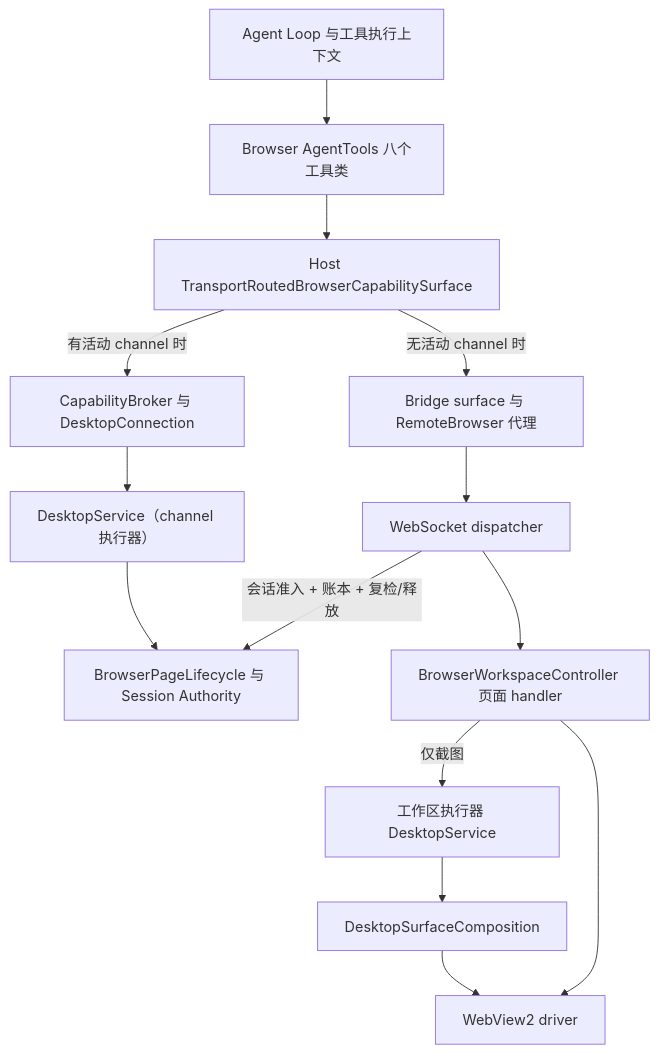
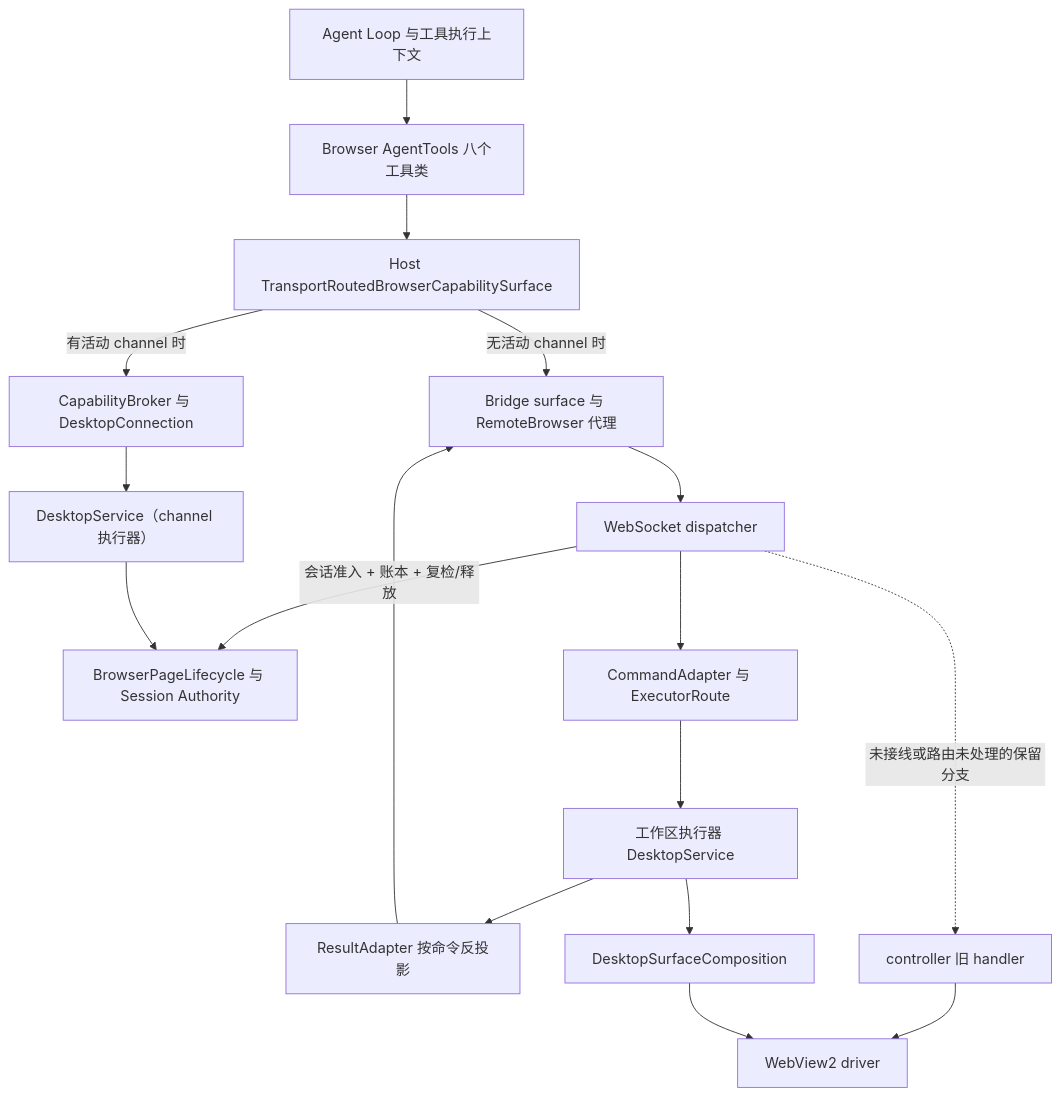
The diagram in Docs/07_architecture/浏览器工具与浏览器控制能力-架构与施工进度-2026-10-18.md (PuddingAgent/PuddingAgent), drawn with Mermaid before and after one commit. The commit also changed other lines of this file and 10 other files, not shown here.

Commit message:
docs(browser): diagnose bridge result mismatch and define contract repair

````diff
--- a/Docs/07_architecture/浏览器工具与浏览器控制能力-架构与施工进度-2026-10-18.md
+++ b/Docs/07_architecture/浏览器工具与浏览器控制能力-架构与施工进度-2026-10-18.md
@@ -31,16 +31,19 @@
 ```mermaid
 flowchart TD
   A[Agent Loop 与工具执行上下文] --> T[Browser AgentTools 八个工具类]
   T --> H[Host TransportRoutedBrowserCapabilitySurface]
   H -->|无活动 channel 时| B[Bridge surface 与 RemoteBrowser 代理]
   H -->|有活动 channel 时| C[CapabilityBroker 与 DesktopConnection]
   B --> W[WebSocket dispatcher]
   W -->|会话准入 + 账本 + 复检/释放| L[BrowserPageLifecycle 与 Session Authority]
-  W --> K[BrowserWorkspaceController 页面 handler]
-  K -->|仅截图| X[工作区执行器 DesktopService]
+  W --> R[CommandAdapter 与 ExecutorRoute]
+  R --> X[工作区执行器 DesktopService]
+  X --> P[ResultAdapter 按命令反投影]
+  P --> B
+  W -. 未接线或路由未处理的保留分支 .-> K[controller 旧 handler]
   X --> S[DesktopSurfaceComposition]
   C --> E[DesktopService（channel 执行器）]
   E --> L
   K --> D[WebView2 driver]
   S --> D
 ```
````
